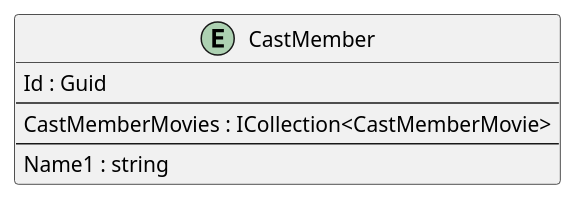
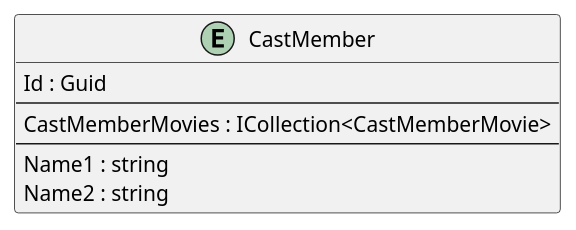
One commit to intrepion/BlazorWebAppMovies changed the diagram in .docs/BlazorWebAppMovies.pu. Above: the diagram before and after it, drawn with PlantUML.

```diff
--- a/.docs/BlazorWebAppMovies.pu
+++ b/.docs/BlazorWebAppMovies.pu
@@ -1,17 +1,18 @@
 @startuml
 
 entity CastMember {
     Id : Guid
     --
     CastMemberMovies : ICollection<CastMemberMovie>
     ' CastMemberKeyCodePlaceholder
     --
     Name1 : string
+    Name2 : string
     ' CastMemberPropertyCodePlaceholder
 }
 
 ' EntityCodePlaceholder
 
 ' RelationshipCodePlaceholder
 
 @enduml
```
